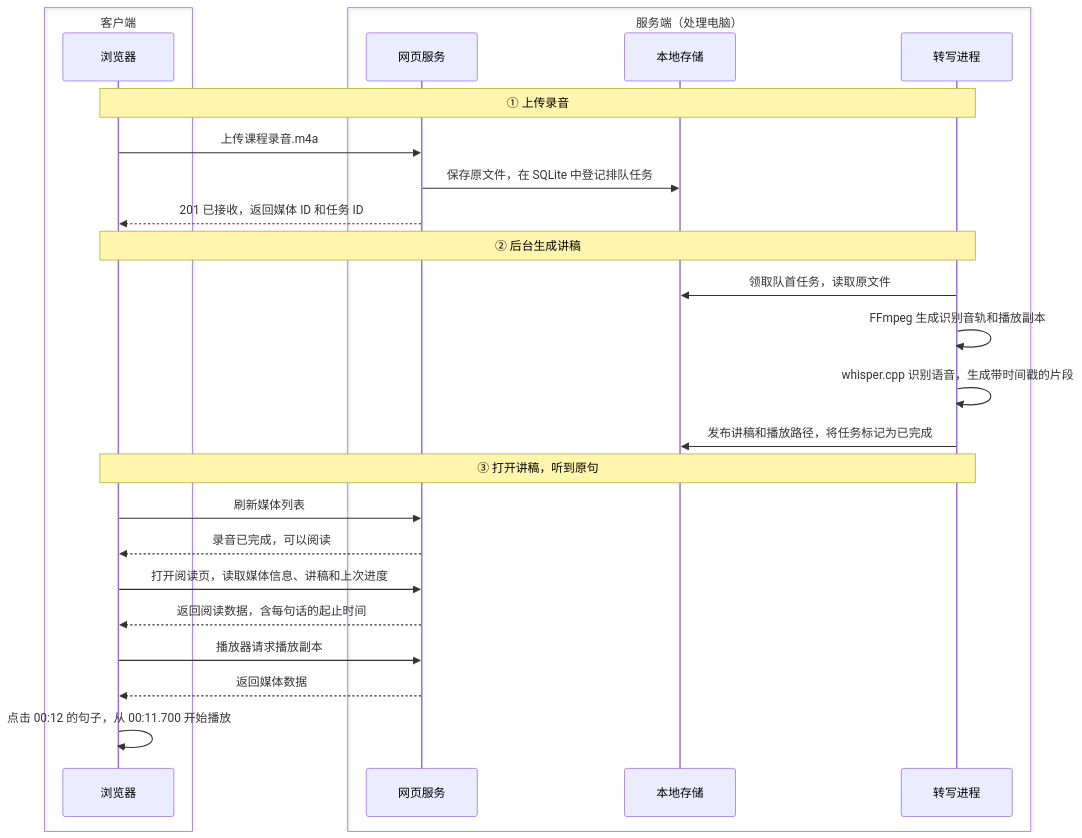
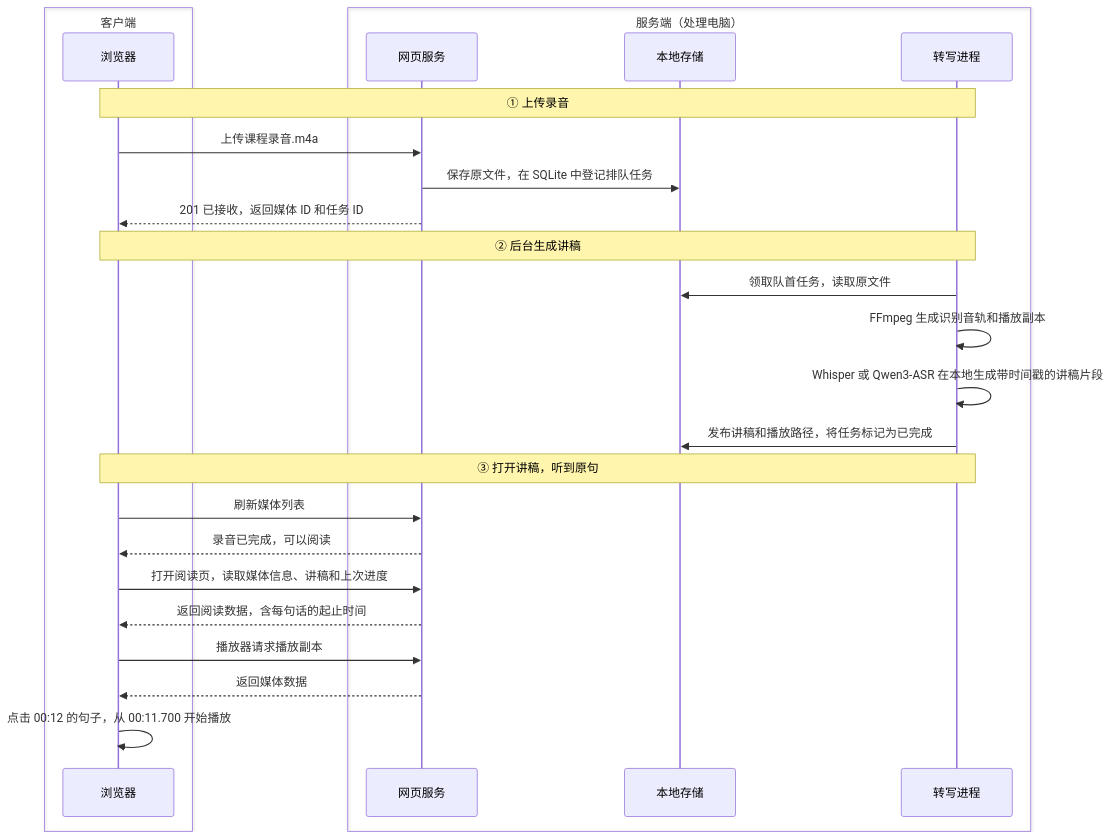
The diagram in README.md (2WuJu/ReCue), drawn with Mermaid before and after one commit. The commit also changed other lines of this file and 13 other files, not shown here.

First line of the commit message:
feat(transcription): 支持本地 Qwen3-ASR 转写

````diff
--- a/README.md
+++ b/README.md
@@ -19,28 +19,28 @@
 ```mermaid
 sequenceDiagram
     box 客户端
         participant B as 浏览器
     end
     box 服务端（处理电脑）
         participant A as 网页服务
         participant S as 本地存储
         participant W as 转写进程
     end
     Note over B,W: ① 上传录音
     B->>A: 上传课程录音.m4a
     A->>S: 保存原文件，在 SQLite 中登记排队任务
     A-->>B: 201 已接收，返回媒体 ID 和任务 ID
     Note over B,W: ② 后台生成讲稿
     W->>S: 领取队首任务，读取原文件
     W->>W: FFmpeg 生成识别音轨和播放副本
-    W->>W: whisper.cpp 识别语音，生成带时间戳的片段
+    W->>W: Whisper 或 Qwen3-ASR 在本地生成带时间戳的讲稿片段
     W->>S: 发布讲稿和播放路径，将任务标记为已完成
     Note over B,W: ③ 打开讲稿，听到原句
     B->>A: 刷新媒体列表
     A-->>B: 录音已完成，可以阅读
     B->>A: 打开阅读页，读取媒体信息、讲稿和上次进度
     A-->>B: 返回阅读数据，含每句话的起止时间
     B->>A: 播放器请求播放副本
     A-->>B: 返回媒体数据
     B->>B: 点击 00:12 的句子，从 00:11.700 开始播放
 ```
````
